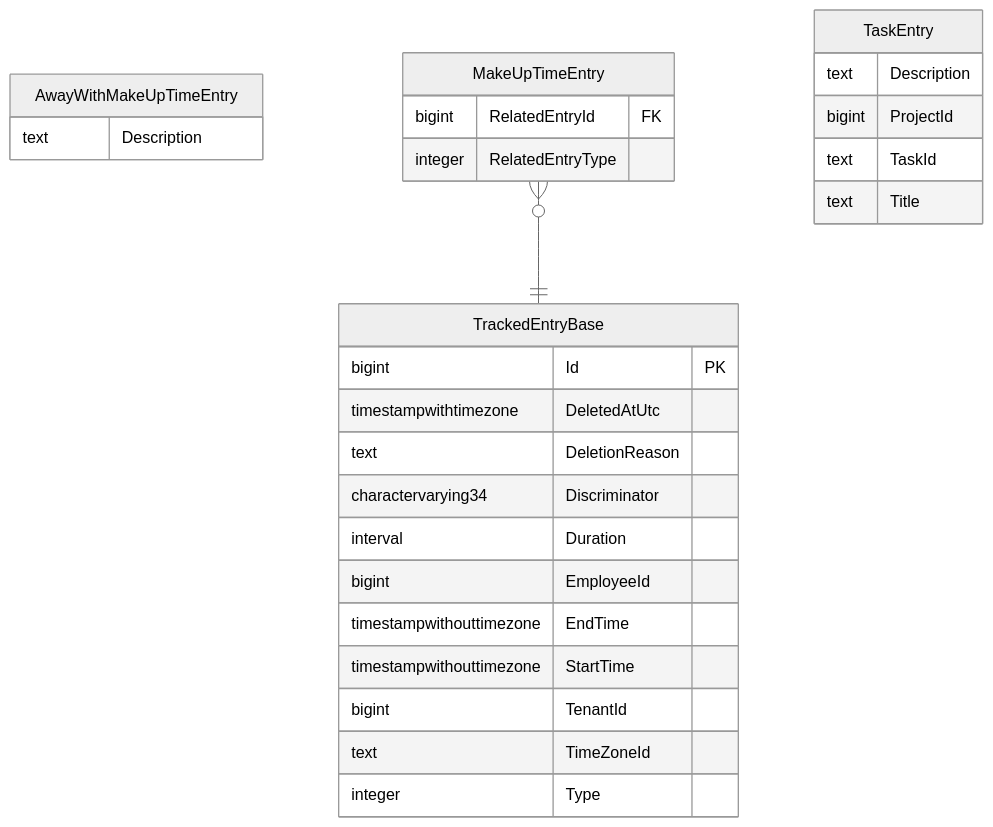
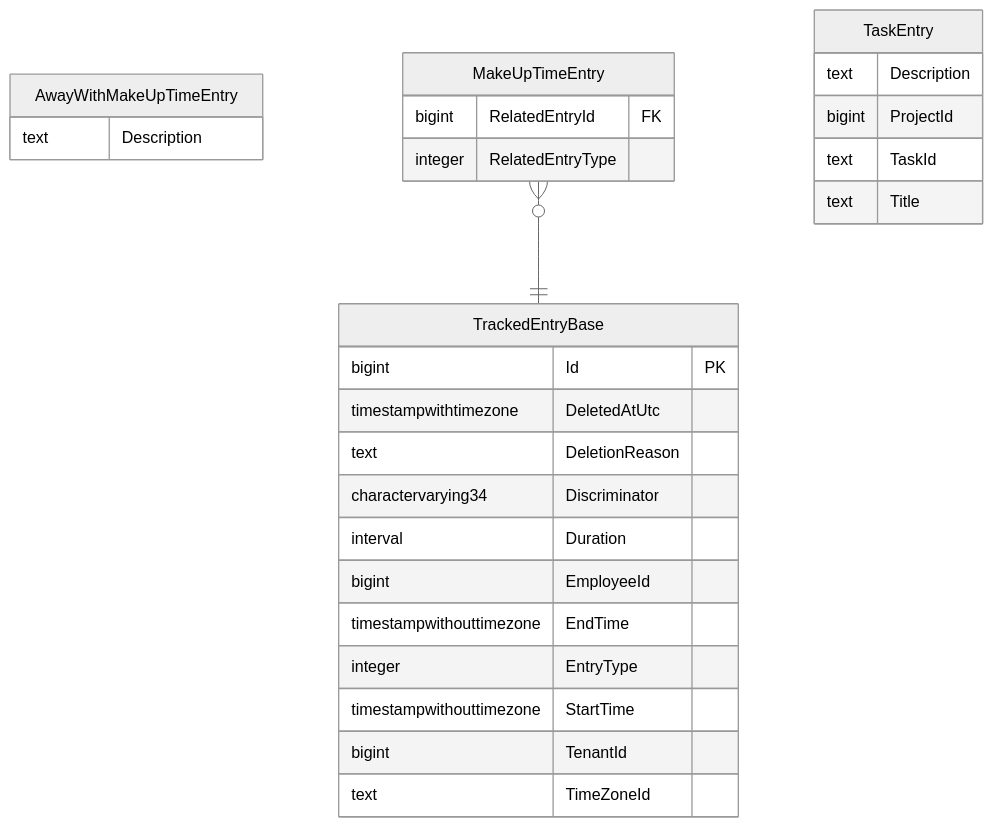
Before and after one commit to TourmalineCore/inner-circle-time-api: the diagram in README.md, drawn with Mermaid.

Commit message:
docs(readme): Update Mermaid DB Schema Diagram in README.md (siren-gen)

````diff
--- a/README.md
+++ b/README.md
@@ -107,31 +107,31 @@
 ```mermaid
 	erDiagram
 	%%{init: {'theme':'neutral'}}%%
 	AwayWithMakeUpTimeEntry {
 		text Description 
 	}
 	MakeUpTimeEntry {
 		bigint RelatedEntryId FK
 		integer RelatedEntryType 
 	}
 	TaskEntry {
 		text Description 
 		bigint ProjectId 
 		text TaskId 
 		text Title 
 	}
 	TrackedEntryBase {
 		bigint Id PK
 		timestampwithtimezone DeletedAtUtc 
 		text DeletionReason 
 		charactervarying34 Discriminator 
 		interval Duration 
 		bigint EmployeeId 
 		timestampwithouttimezone EndTime 
+		integer EntryType 
 		timestampwithouttimezone StartTime 
 		bigint TenantId 
 		text TimeZoneId 
-		integer Type 
 	}
 MakeUpTimeEntry}o--||TrackedEntryBase : ""
 ```
````
